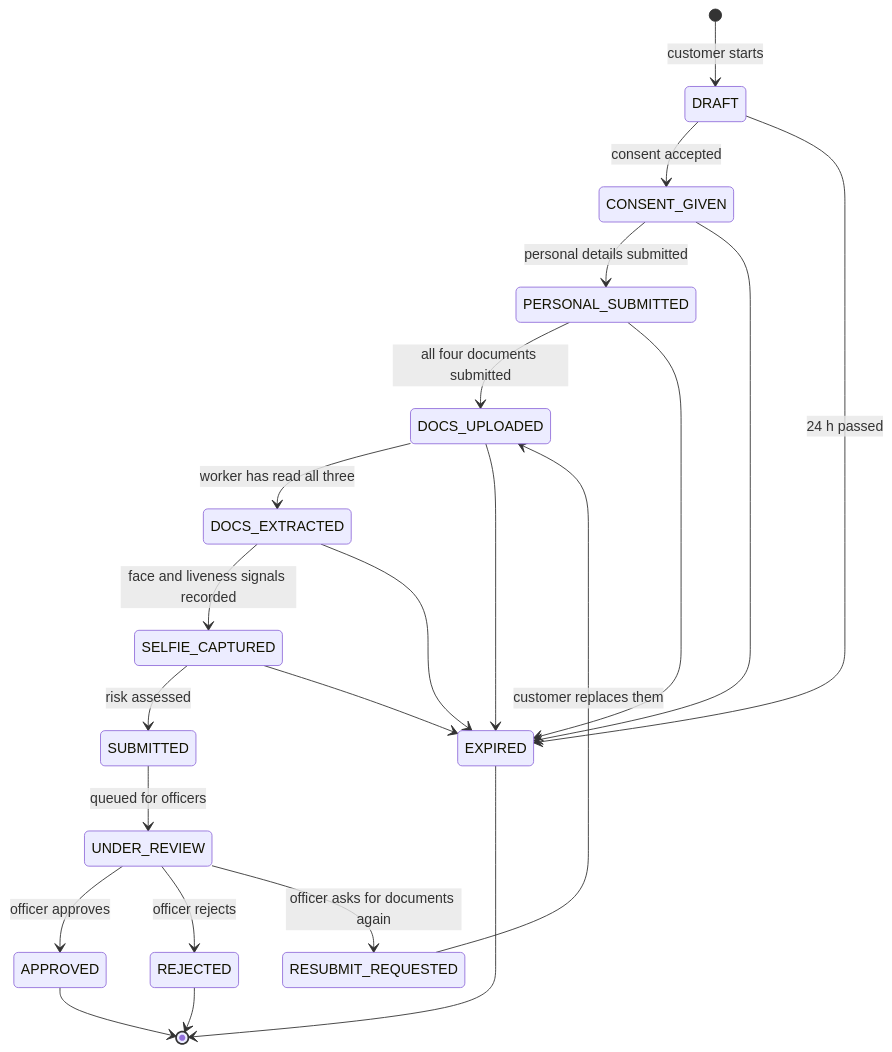
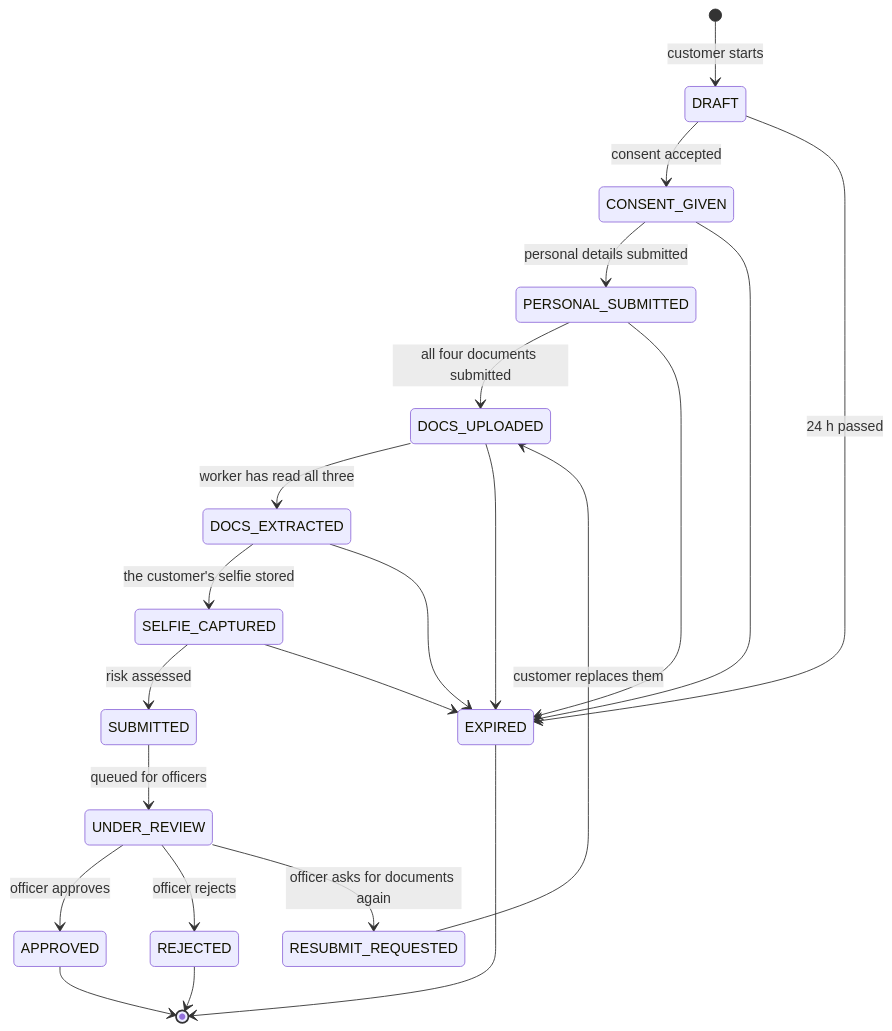
The diagram in docs/state-machine.md (Lakshyalamba/kyc_setu), drawn with Mermaid before and after one commit. The commit also changed other lines of this file and 11 other files, not shown here.

````diff
--- a/docs/state-machine.md
+++ b/docs/state-machine.md
@@ -8,24 +8,24 @@
 ```mermaid
 stateDiagram-v2
     [*] --> DRAFT: customer starts
     DRAFT --> CONSENT_GIVEN: consent accepted
     CONSENT_GIVEN --> PERSONAL_SUBMITTED: personal details submitted
     PERSONAL_SUBMITTED --> DOCS_UPLOADED: all four documents submitted
     DOCS_UPLOADED --> DOCS_EXTRACTED: worker has read all three
-    DOCS_EXTRACTED --> SELFIE_CAPTURED: face and liveness signals recorded
+    DOCS_EXTRACTED --> SELFIE_CAPTURED: the customer's selfie stored
     SELFIE_CAPTURED --> SUBMITTED: risk assessed
     SUBMITTED --> UNDER_REVIEW: queued for officers
     UNDER_REVIEW --> APPROVED: officer approves
     UNDER_REVIEW --> REJECTED: officer rejects
     UNDER_REVIEW --> RESUBMIT_REQUESTED: officer asks for documents again
     RESUBMIT_REQUESTED --> DOCS_UPLOADED: customer replaces them
     DRAFT --> EXPIRED: 24 h passed
     CONSENT_GIVEN --> EXPIRED
     PERSONAL_SUBMITTED --> EXPIRED
     DOCS_UPLOADED --> EXPIRED
     DOCS_EXTRACTED --> EXPIRED
     SELFIE_CAPTURED --> EXPIRED
     APPROVED --> [*]
     REJECTED --> [*]
     EXPIRED --> [*]
 ```
````
